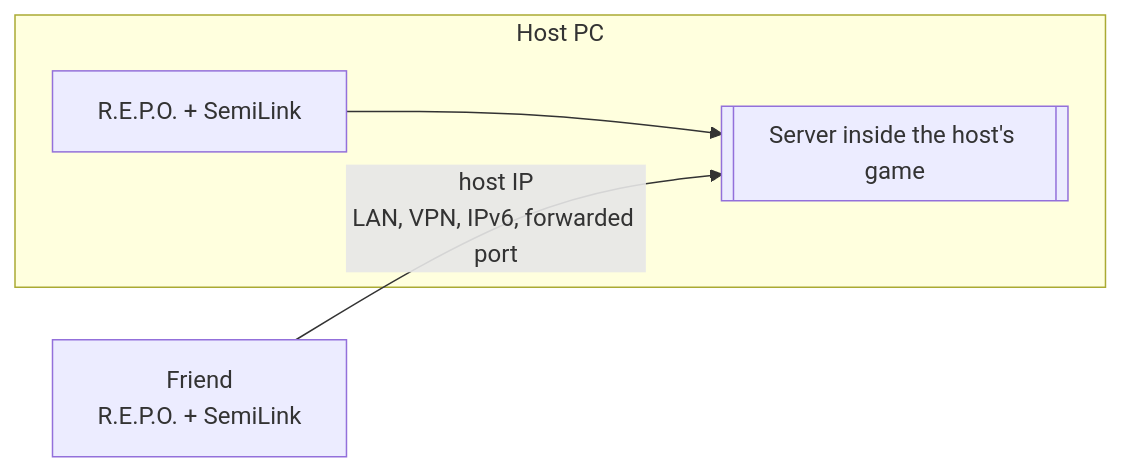
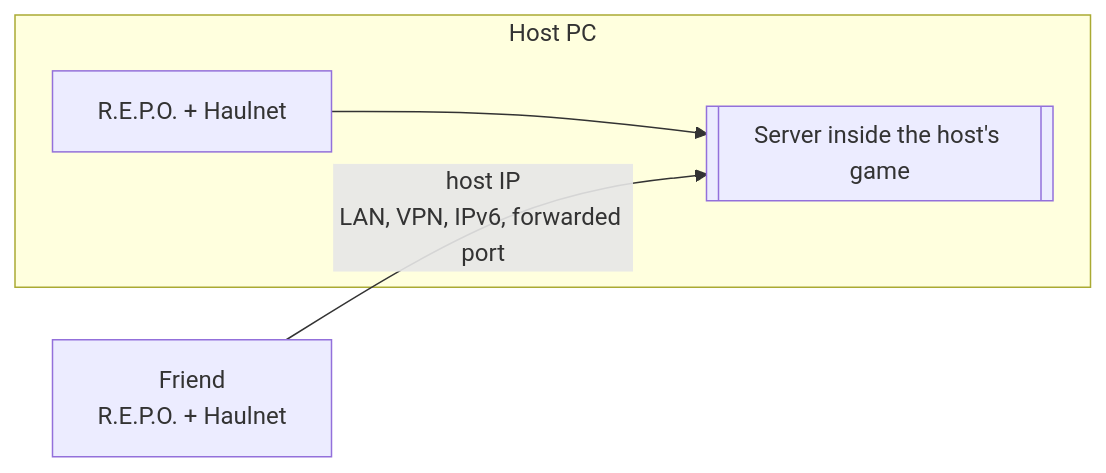
The diagram in README.md (haulnet/haulnet-repo), drawn with Mermaid before and after one commit. The commit also changed other lines of this file and 16 other files, not shown here.

First line of the commit message:
chore: rename the project from SemiLink to Haulnet

````diff
--- a/README.md
+++ b/README.md
@@ -17,9 +17,9 @@
 ```mermaid
 flowchart LR
     subgraph host[Host PC]
-        GA[R.E.P.O. + SemiLink]
+        GA[R.E.P.O. + Haulnet]
         S[[Server inside the host's game]]
         GA --> S
     end
-    GB[Friend<br/>R.E.P.O. + SemiLink] -- "host IP<br/>LAN, VPN, IPv6, forwarded port" --> S
+    GB[Friend<br/>R.E.P.O. + Haulnet] -- "host IP<br/>LAN, VPN, IPv6, forwarded port" --> S
 ```
````
